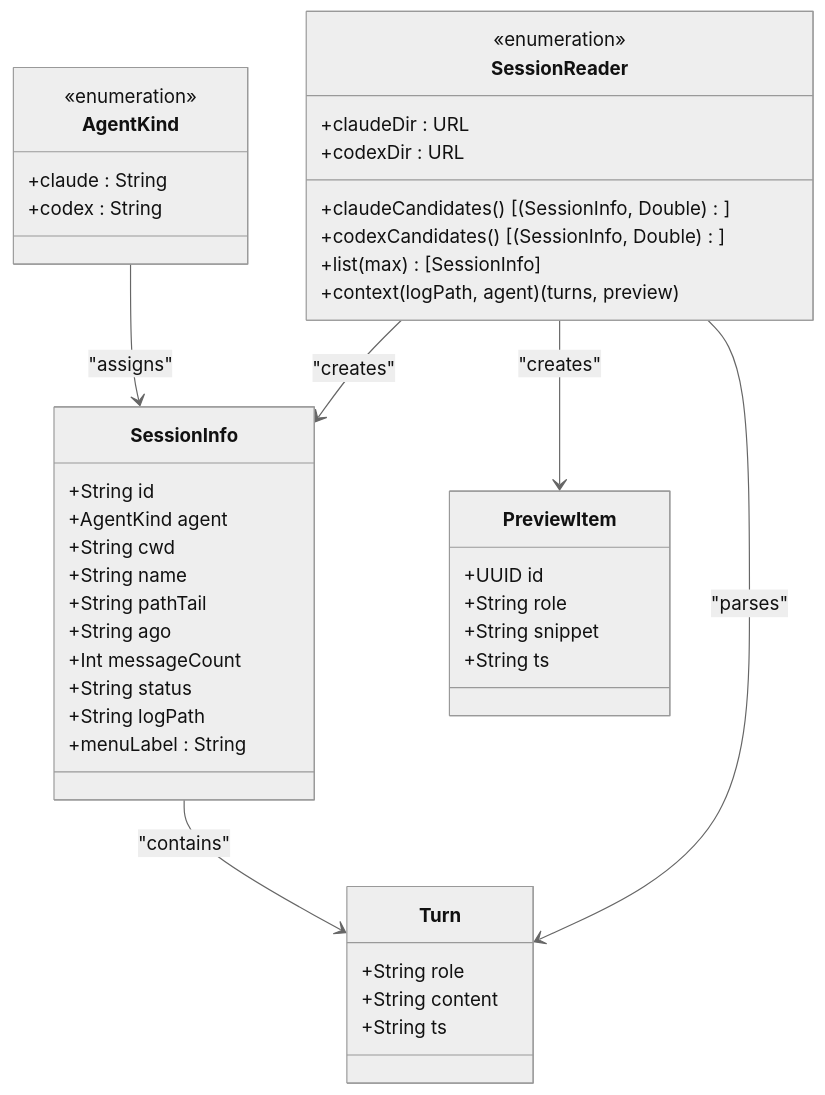
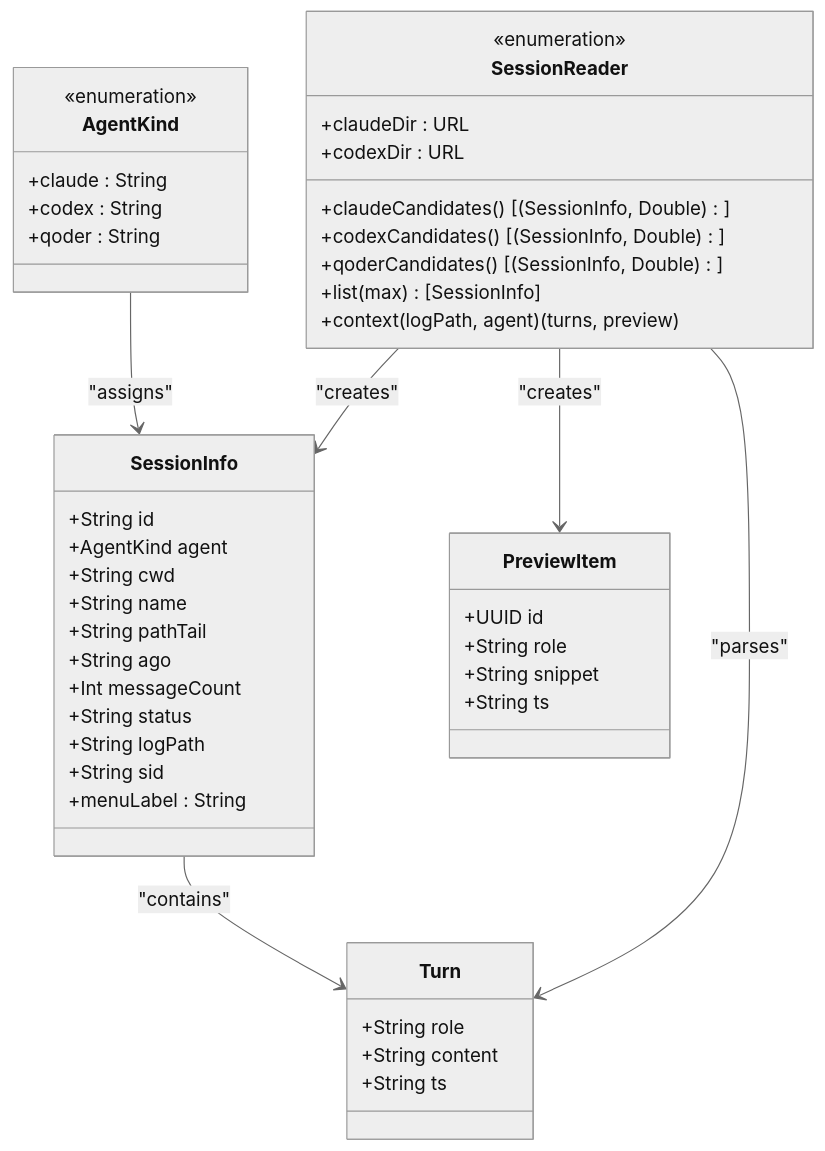
Before and after one commit to WyRainBow/PromptCocoPilot: the third of 33 diagrams in .qoder/repowiki/zh/content/核心架构/会话管理系统.md, drawn with Mermaid (neutral theme). The commit also changed other lines of this file and 134 other files, not shown here.

````diff
--- a/.qoder/repowiki/zh/content/核心架构/会话管理系统.md
+++ b/.qoder/repowiki/zh/content/核心架构/会话管理系统.md
@@ -244,45 +278,48 @@
 ```mermaid
 classDiagram
 class AgentKind {
 <<enumeration>>
 +claude : String
 +codex : String
++qoder : String
 }
 class SessionInfo {
 +String id
 +AgentKind agent
 +String cwd
 +String name
 +String pathTail
 +String ago
 +Int messageCount
 +String status
 +String logPath
++String sid
 +menuLabel : String
 }
 class SessionReader {
 <<enumeration>>
 +claudeDir : URL
 +codexDir : URL
 +claudeCandidates() [(SessionInfo, Double)]
 +codexCandidates() [(SessionInfo, Double)]
++qoderCandidates() [(SessionInfo, Double)]
 +list(max) [SessionInfo]
 +context(logPath, agent) (turns, preview)
 }
 class Turn {
 +String role
 +String content
 +String ts
 }
 class PreviewItem {
 +UUID id
 +String role
 +String snippet
 +String ts
 }
 AgentKind --> SessionInfo : "assigns"
 SessionInfo --> Turn : "contains"
 SessionReader --> SessionInfo : "creates"
 SessionReader --> Turn : "parses"
 SessionReader --> PreviewItem : "creates"
 ```
````
